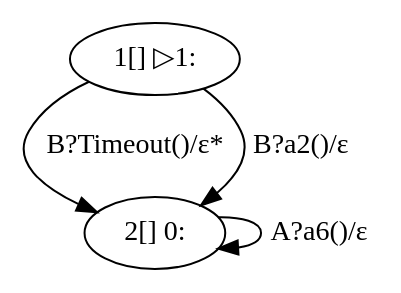
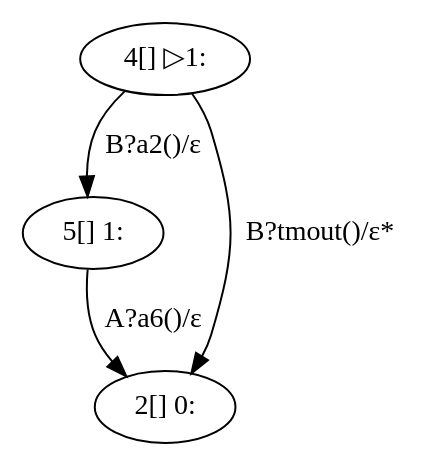
One commit to LauraVoinea/scribble-java changed the diagram in generated/Timeout/C.dot. Above: the diagram before and after it, drawn with Graphviz. The commit also changed 16 other files, not shown here.

```diff
--- a/generated/Timeout/C.dot
+++ b/generated/Timeout/C.dot
@@ -1,9 +1,9 @@
 digraph G {
 compound = true;
-"1" [ label="1[] ▷1:" ];
-"2" [ label="2[] 1:" ];
+"4" [ label="4[] ▷1:" ];
+"5" [ label="5[] 1:" ];
 "2" [ label="2[] 0:" ];
-"1" -> "2" [ label="B?Timeout()/ε*" ];
-"2" -> "2" [ label="A?a6()/ε" ];
-"1" -> "2" [ label="B?a2()/ε" ];
+"4" -> "2" [ label="B?tmout()/ε*" ];
+"4" -> "5" [ label="B?a2()/ε" ];
+"5" -> "2" [ label="A?a6()/ε" ];
 }
```
